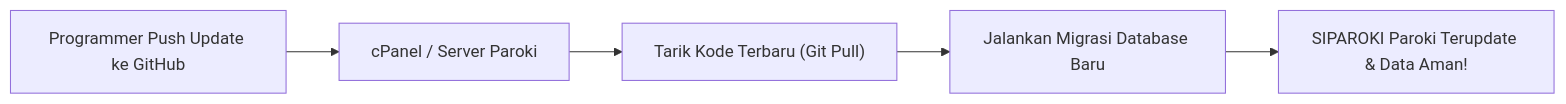
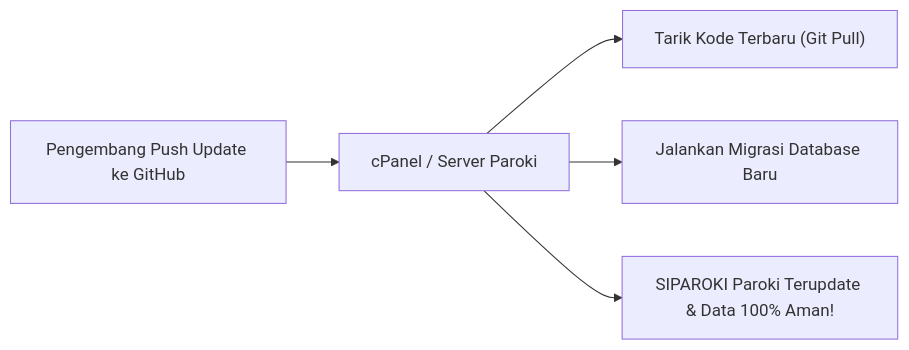
The diagram in README.md (wensputra2026/siparoki2026laravel), drawn with Mermaid before and after one commit. The commit also changed other lines of this file and 1 other file, not shown here.

````diff
--- a/README.md
+++ b/README.md
@@ -188,7 +199,7 @@
 ```mermaid
 flowchart LR
-    A["Programmer Push Update ke GitHub"] --> B["cPanel / Server Paroki"]
+    A["Pengembang Push Update ke GitHub"] --> B["cPanel / Server Paroki"]
     B --> C["Tarik Kode Terbaru (Git Pull)"]
-    C --> D["Jalankan Migrasi Database Baru"]
-    D --> E["SIPAROKI Paroki Terupdate & Data Aman!"]
+    B --> D["Jalankan Migrasi Database Baru"]
+    B --> E["SIPAROKI Paroki Terupdate & Data 100% Aman!"]
 ```
````
